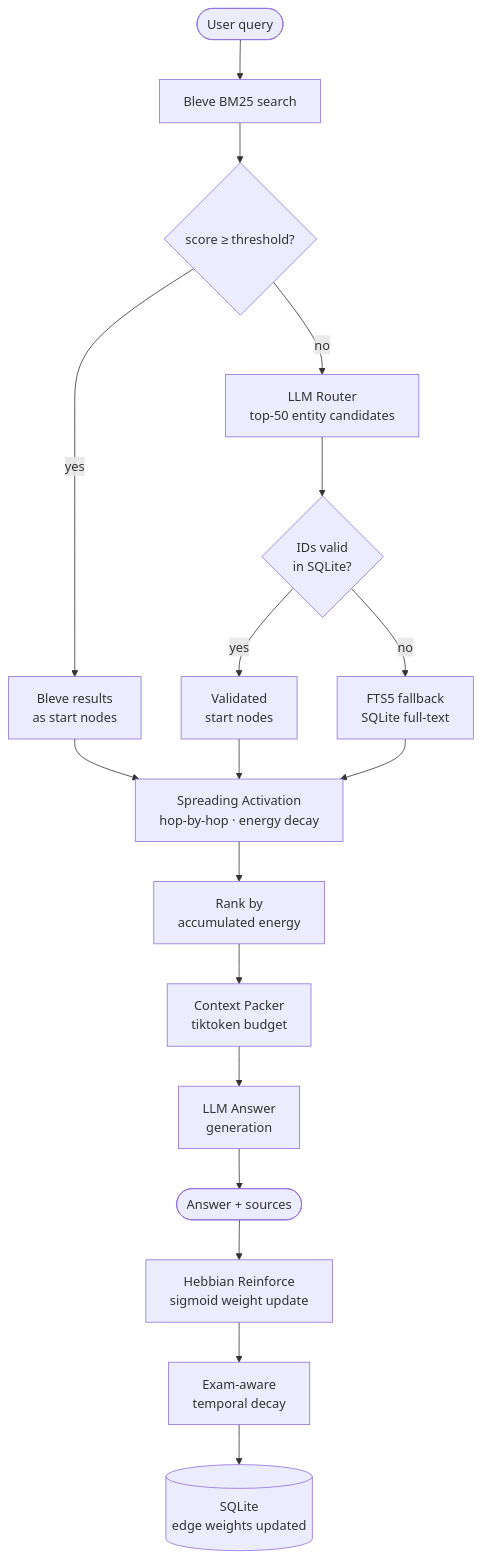
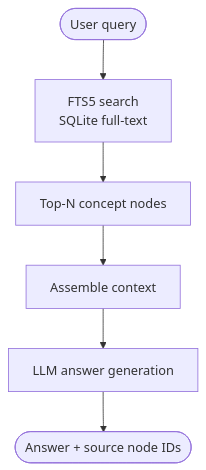
Before and after one commit to thvinhtruong/biograph: the second of 3 diagrams in README.md, drawn with Mermaid. The commit also changed other lines of this file and 29 other files, not shown here.

````diff
--- a/README.md
+++ b/README.md
@@ -124,23 +81,8 @@
 ```mermaid
 flowchart TD
-    Q([User query]) --> R[Bleve BM25 search]
-
-    R --> S{score ≥ threshold?}
-    S -->|yes| T[Bleve results\nas start nodes]
-    S -->|no| U[LLM Router\ntop-50 entity candidates]
-
-    U --> V{IDs valid\nin SQLite?}
-    V -->|yes| W[Validated\nstart nodes]
-    V -->|no| X[FTS5 fallback\nSQLite full-text]
-
-    T & W & X --> Y[Spreading Activation\nhop-by-hop · energy decay]
-
-    Y --> Z[Rank by\naccumulated energy]
-    Z --> AA[Context Packer\ntiktoken budget]
-    AA --> AB[LLM Answer\ngeneration]
-    AB --> AC([Answer + sources])
-
-    AC --> AD[Hebbian Reinforce\nsigmoid weight update]
-    AD --> AE[Exam-aware\ntemporal decay]
-    AE --> AF[(SQLite\nedge weights updated)]
+    Q([User query]) --> R[FTS5 search\nSQLite full-text]
+    R --> S[Top-N concept nodes]
+    S --> T[Assemble context]
+    T --> U[LLM answer generation]
+    U --> V([Answer + source node IDs])
 ```
````
